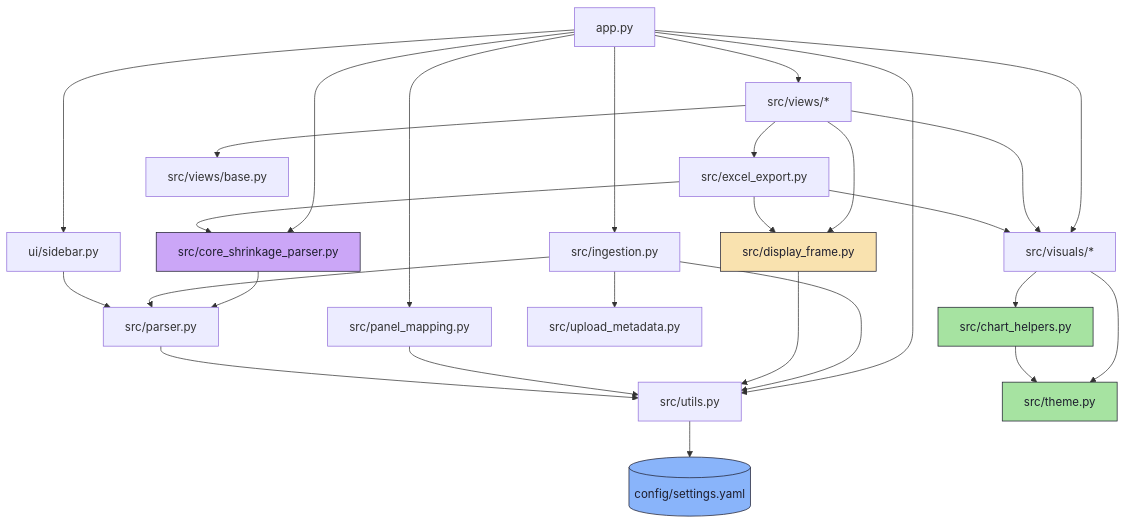
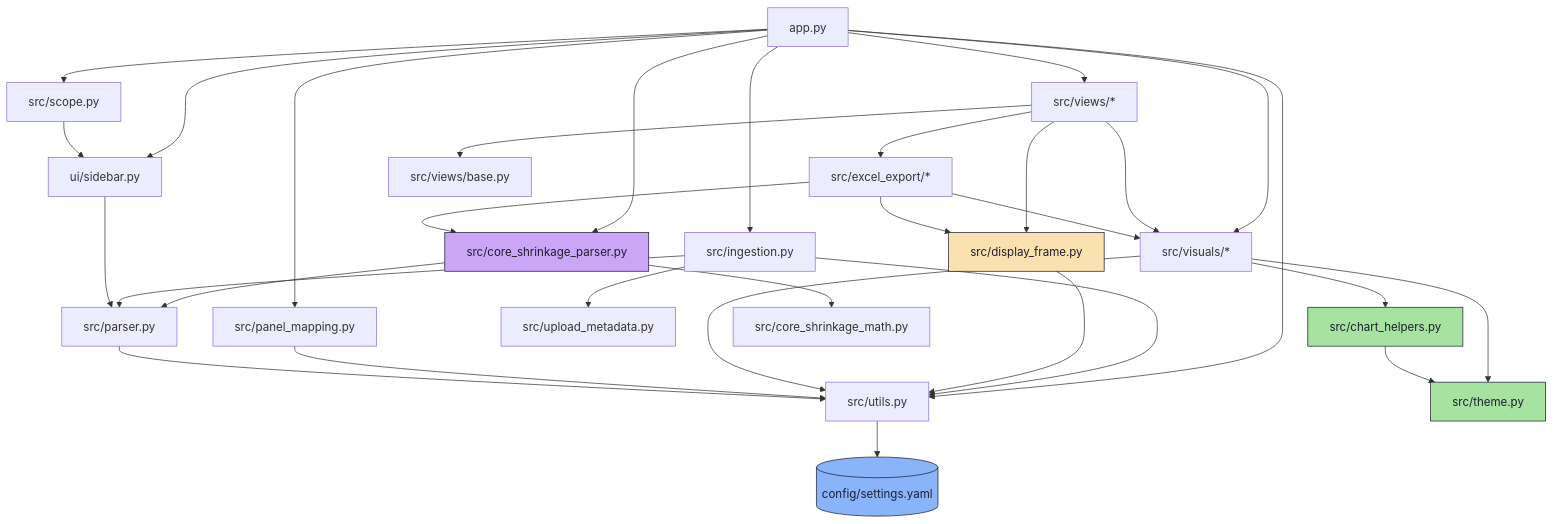
Before and after one commit to sheldcoop/QVM: the first of 3 diagrams in qvm_dashboard/ARCHITECTURE.md, drawn with Mermaid. The commit also changed other lines of this file and 24 other files, not shown here.

Commit message:
Structural overhaul: excel package, cs math split, scope module, pins, deploy files

````diff
--- a/qvm_dashboard/ARCHITECTURE.md
+++ b/qvm_dashboard/ARCHITECTURE.md
@@ -12,41 +12,46 @@
 ```mermaid
 graph TD
     app[app.py] --> views[src/views/*]
     app --> sidebar[ui/sidebar.py]
     app --> ingest[src/ingestion.py]
     app --> csparser[src/core_shrinkage_parser.py]
     app --> panelmap[src/panel_mapping.py]
     app --> visuals[src/visuals/*]
     app --> utils[src/utils.py]
 
     csparser --> parser
     ingest --> parser[src/parser.py]
     ingest --> meta[src/upload_metadata.py]
     ingest --> utils
     sidebar --> parser
 
     views --> visuals
-    views --> excel[src/excel_export.py]
+    views --> excel[src/excel_export/*]
     views --> display[src/display_frame.py]
     views --> base[src/views/base.py]
+
+    app --> scope[src/scope.py]
+    scope --> sidebar
 
     excel --> visuals
     excel --> display
     excel --> csparser
     display --> utils
     visuals --> theme[src/theme.py]
     visuals --> helpers[src/chart_helpers.py]
+    visuals --> utils
     helpers --> theme
     panelmap --> utils
     parser --> utils
+    csparser --> csmath[src/core_shrinkage_math.py]
     utils --> config[(config/settings.yaml)]
 
     classDef cfg fill:#89b4fa,stroke:#1e1e2e,color:#1e1e2e;
     classDef tok fill:#a6e3a1,stroke:#1e1e2e,color:#1e1e2e;
     classDef one fill:#f9e2af,stroke:#1e1e2e,color:#1e1e2e;
     classDef cs  fill:#cba6f7,stroke:#1e1e2e,color:#1e1e2e;
     class config cfg;
     class theme,helpers tok;
     class display one;
     class csparser cs;
 ```
````
